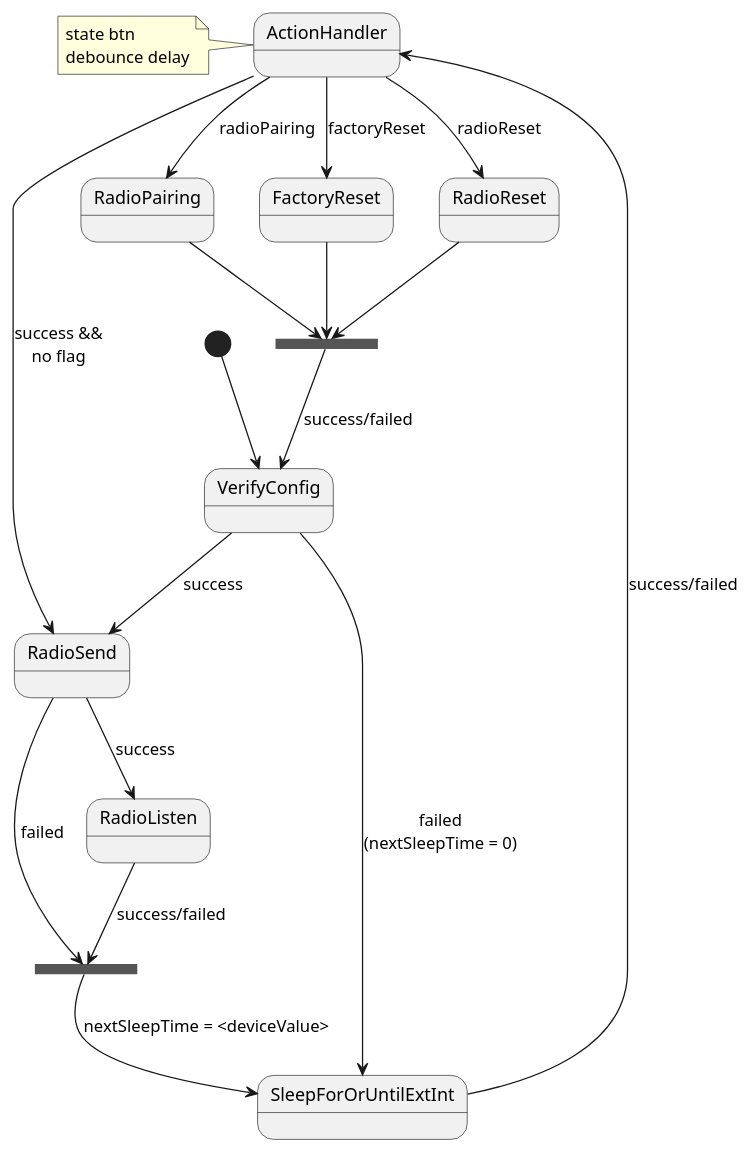
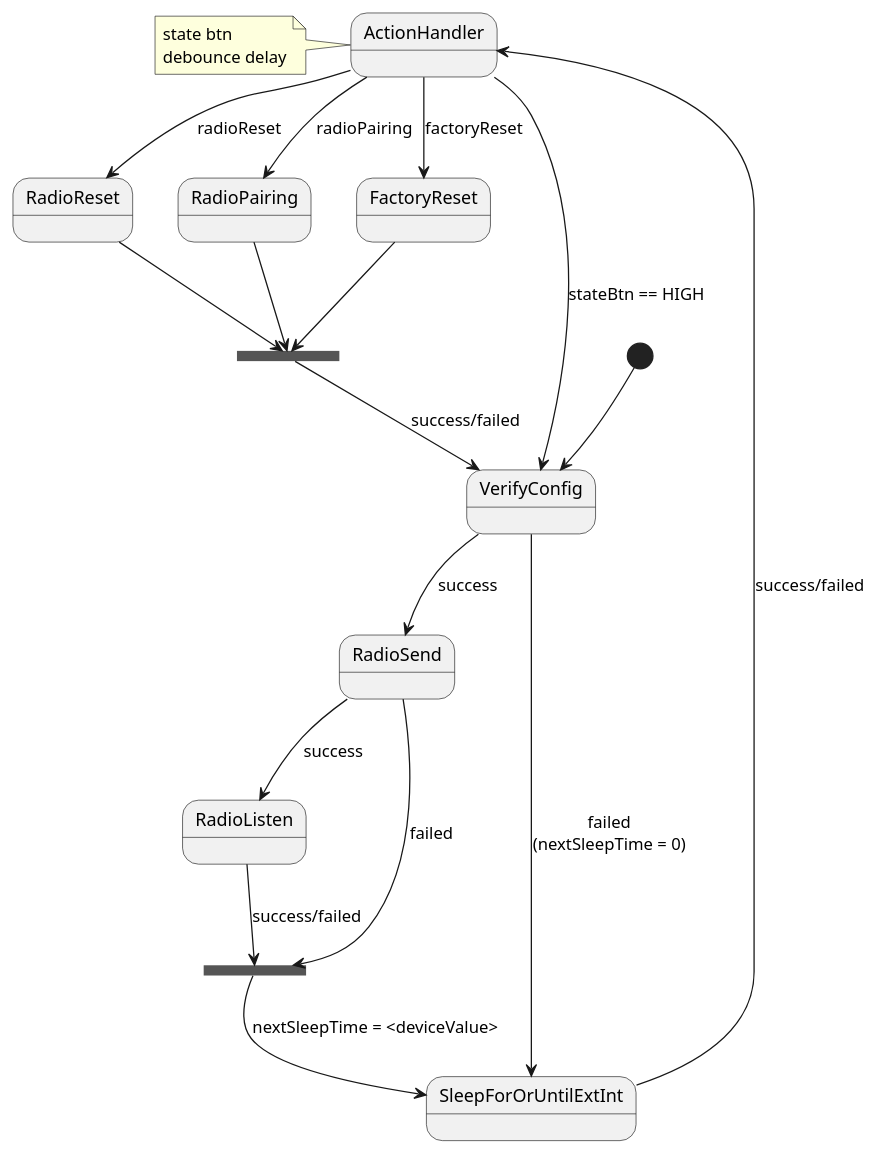
The fifth of 8 diagrams in docs/README.md (damiandrzewicz/iots-rf-core-lib), drawn with PlantUML before and after one commit. The commit also changed other lines of this file and 27 other files, not shown here.

```diff
--- a/docs/README.md
+++ b/docs/README.md
@@ -159,30 +159,30 @@
 @startuml
 [*] --> VerifyConfig
 VerifyConfig --> SleepForOrUntilExtInt : failed\n(nextSleepTime = 0)
 VerifyConfig --> RadioSend : success
 
 ActionHandler --> FactoryReset : factoryReset
 ActionHandler --> RadioReset : radioReset
 ActionHandler --> RadioPairing : radioPairing
 
 note left of ActionHandler : state btn\ndebounce delay
 
 SleepForOrUntilExtInt --> ActionHandler : success/failed
 
 state join_sleep <<join>>
 
 RadioSend --> RadioListen : success
 RadioSend --> join_sleep : failed
 RadioListen --> join_sleep : success/failed
 
 join_sleep --> SleepForOrUntilExtInt : nextSleepTime = <deviceValue>
 
 state join_action <<join>>
 FactoryReset --> join_action
 RadioReset --> join_action
 RadioPairing --> join_action
 join_action --> VerifyConfig : success/failed
 
-ActionHandler --> RadioSend : success &&\nno flag
+ActionHandler --> VerifyConfig : stateBtn == HIGH
 
 @enduml
```
